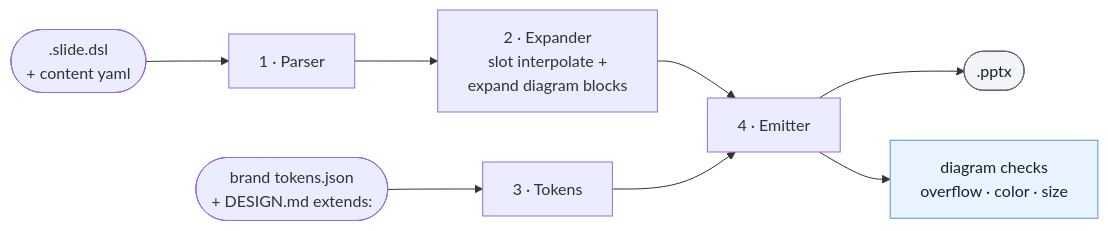
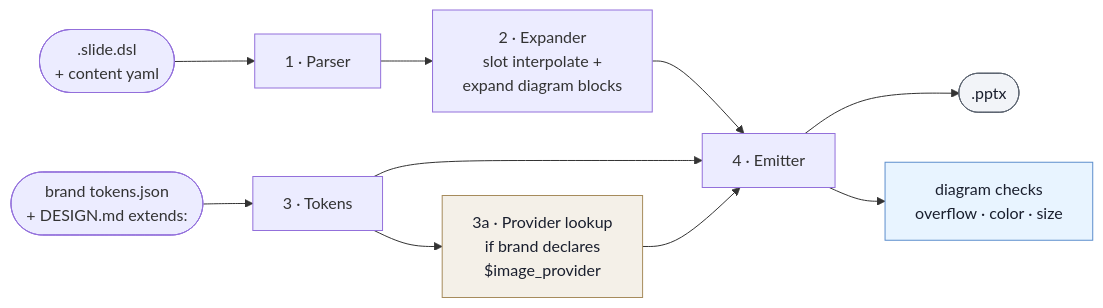
The first of 2 diagrams in feinschliff/docs/architecture.md (marsmike/feinschliff), drawn with Mermaid before and after one commit. The commit also changed other lines of this file and 21 other files, not shown here.

First line of the commit message:
Pluggable image-provider framework + Unsplash reference impl (#11)

````diff
--- a/feinschliff/docs/architecture.md
+++ b/feinschliff/docs/architecture.md
@@ -16,12 +16,15 @@
 ```mermaid
 flowchart LR
     DSL([.slide.dsl<br/>+ content yaml]) --> P[1 · Parser]
     P --> E[2 · Expander<br/>slot interpolate +<br/>expand diagram blocks]
     Tokens([brand tokens.json<br/>+ DESIGN.md extends:]) --> T[3 · Tokens]
+    T --> IP[3a · Provider lookup<br/>if brand declares<br/>$image_provider]
     E --> Em[4 · Emitter]
     T --> Em
+    IP --> Em
     Em --> Out([.pptx])
     Em --> DC[diagram checks<br/>overflow · color · size]
     style Out fill:#F2F4F8,stroke:#5C6470,color:#1A1F2E
     style DC fill:#E8F4FF,stroke:#5C8ECC,color:#1A1F2E
+    style IP fill:#F4F0E8,stroke:#A68B5C,color:#1A1F2E
 ```
````
